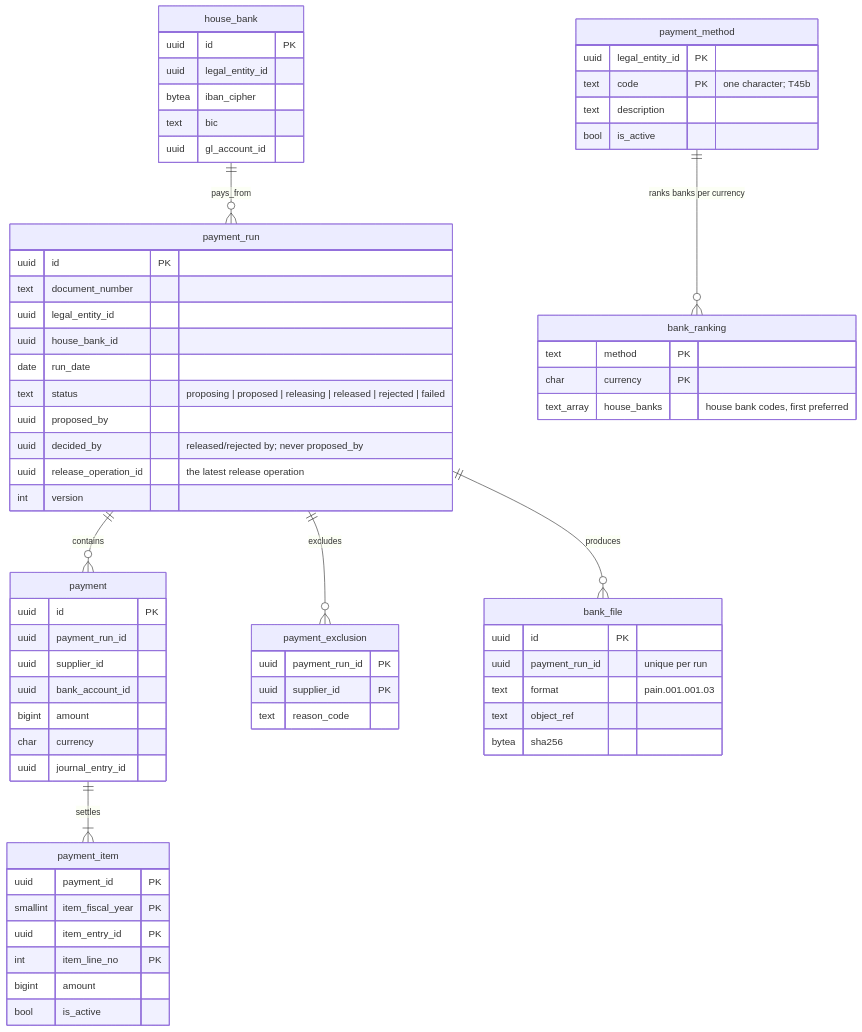
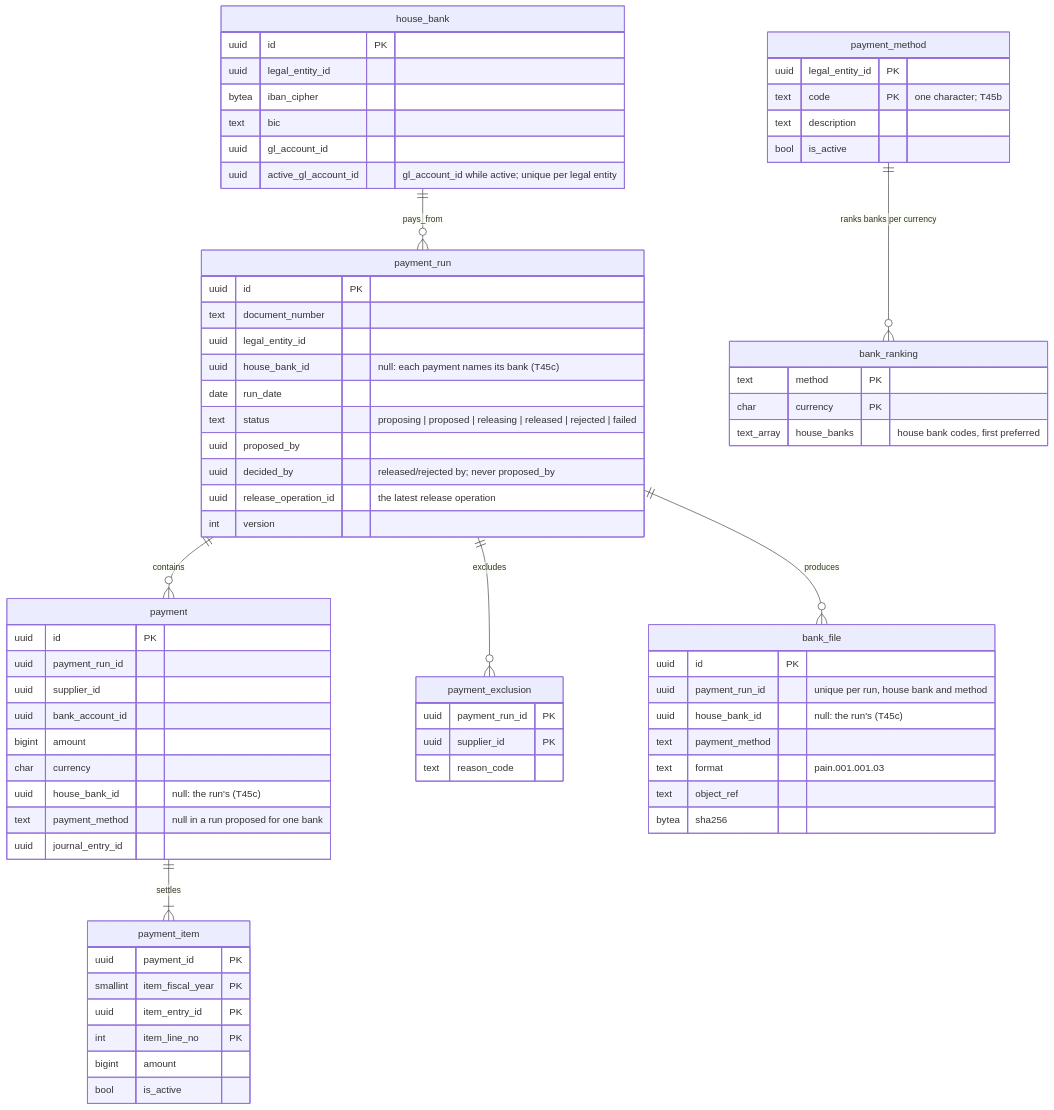
The eighth of 9 diagrams in docs/design/03-data-model.md (mustie7iy/agentic-erp), drawn with Mermaid before and after one commit. The commit also changed other lines of this file and 36 other files, not shown here.

````diff
--- a/docs/design/03-data-model.md
+++ b/docs/design/03-data-model.md
@@ -1226,52 +1226,57 @@
 ```mermaid
 erDiagram
   house_bank ||--o{ payment_run : pays_from
   payment_run ||--o{ payment : contains
   payment ||--|{ payment_item : settles
   payment_run ||--o{ payment_exclusion : excludes
   payment_run ||--o{ bank_file : produces
   payment_method ||--o{ bank_ranking : "ranks banks per currency"
   payment_method { uuid legal_entity_id PK
     text code PK "one character; T45b"
     text description
     bool is_active }
   bank_ranking { text method PK
     char currency PK
     text_array house_banks "house bank codes, first preferred" }
   payment_run { uuid id PK
     text document_number
     uuid legal_entity_id
-    uuid house_bank_id
+    uuid house_bank_id "null: each payment names its bank (T45c)"
     date run_date
     text status "proposing | proposed | releasing | released | rejected | failed"
     uuid proposed_by
     uuid decided_by "released/rejected by; never proposed_by"
     uuid release_operation_id "the latest release operation"
     int version }
   payment { uuid id PK
     uuid payment_run_id
     uuid supplier_id
     uuid bank_account_id
     bigint amount
     char currency
+    uuid house_bank_id "null: the run's (T45c)"
+    text payment_method "null in a run proposed for one bank"
     uuid journal_entry_id }
   payment_item { uuid payment_id PK
     smallint item_fiscal_year PK
     uuid item_entry_id PK
     int item_line_no PK
     bigint amount
     bool is_active }
   payment_exclusion { uuid payment_run_id PK
     uuid supplier_id PK
     text reason_code }
   house_bank { uuid id PK
     uuid legal_entity_id
     bytea iban_cipher
     text bic
-    uuid gl_account_id }
+    uuid gl_account_id
+    uuid active_gl_account_id "gl_account_id while active; unique per legal entity" }
   bank_file { uuid id PK
-    uuid payment_run_id "unique per run"
+    uuid payment_run_id "unique per run, house bank and method"
+    uuid house_bank_id "null: the run's (T45c)"
+    text payment_method
     text format "pain.001.001.03"
     text object_ref
     bytea sha256 }
 ```
````
